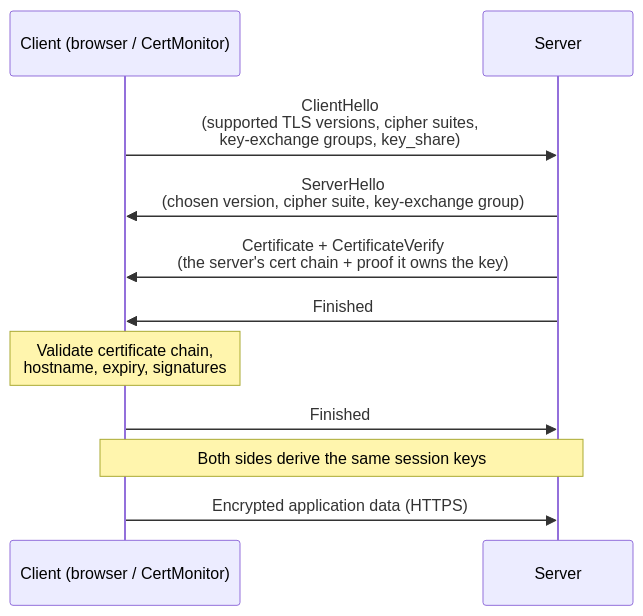
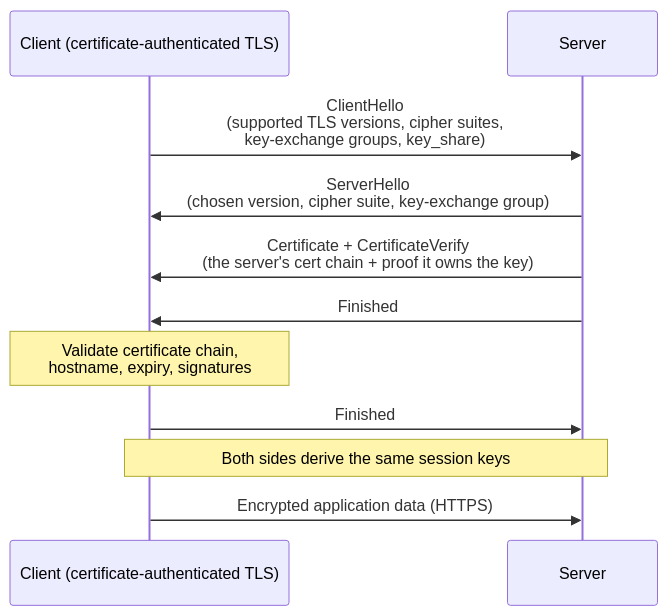
One commit to bradh11/certmonitor changed the diagram in docs/concepts/how-tls-works.md. Above: the diagram before and after it, drawn with Mermaid. The commit also changed other lines of this file and 82 other files, not shown here.

````diff
--- a/docs/concepts/how-tls-works.md
+++ b/docs/concepts/how-tls-works.md
@@ -18,13 +18,13 @@
 ```mermaid
 sequenceDiagram
-    participant C as Client (browser / CertMonitor)
+    participant C as Client (certificate-authenticated TLS)
     participant S as Server
     C->>S: ClientHello<br/>(supported TLS versions, cipher suites,<br/>key-exchange groups, key_share)
     S->>C: ServerHello<br/>(chosen version, cipher suite, key-exchange group)
     S->>C: Certificate + CertificateVerify<br/>(the server's cert chain + proof it owns the key)
     S->>C: Finished
     Note over C: Validate certificate chain,<br/>hostname, expiry, signatures
     C->>S: Finished
     Note over C,S: Both sides derive the same session keys
     C->>S: Encrypted application data (HTTPS)
 ```
````
